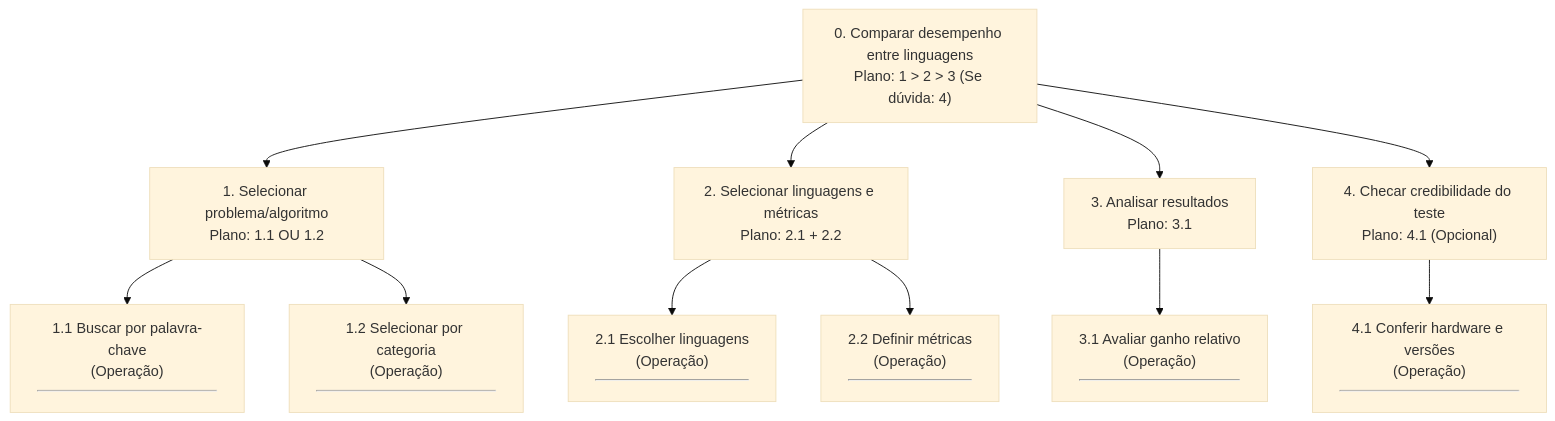
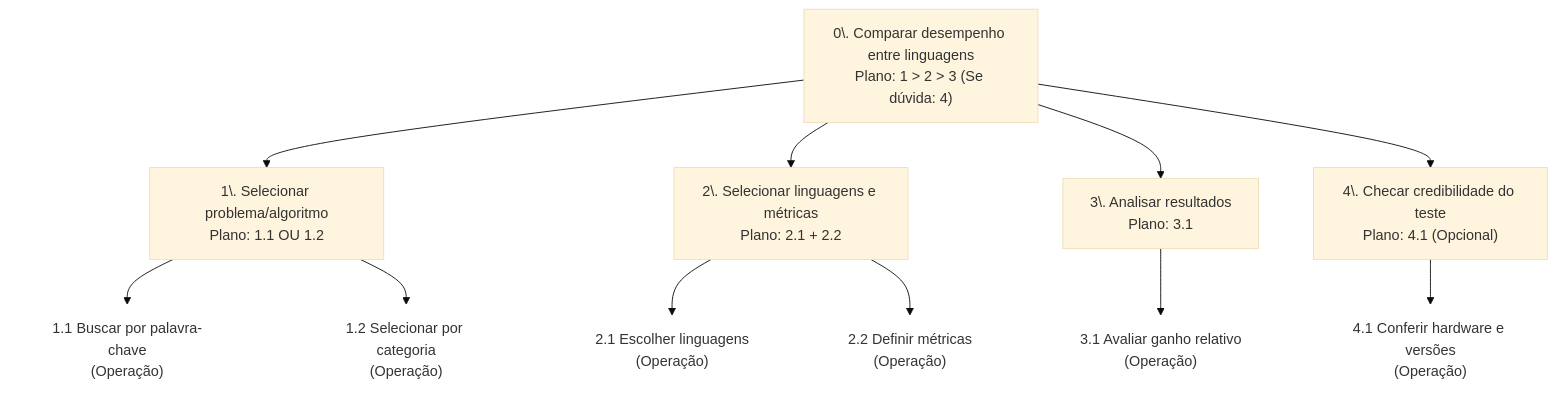
The diagram in docs/05_analise_tarefas.md (augustotx/ihc2026), drawn with Mermaid (base theme) before and after one commit.

````diff
--- a/docs/05_analise_tarefas.md
+++ b/docs/05_analise_tarefas.md
@@ -52,29 +52,34 @@
 ```mermaid
 graph TD
-    N0["0. Comparar desempenho entre linguagens<br>Plano: 1 > 2 > 3 (Se dúvida: 4)"]
+    N0["0\. Comparar desempenho entre linguagens<br />Plano: 1 &gt; 2 &gt; 3 (Se dúvida: 4)"]
+    N1["1\. Selecionar problema/algoritmo<br />Plano: 1.1 OU 1.2"]
+    N2["2\. Selecionar linguagens e métricas<br />Plano: 2.1 + 2.2"]
+    N3["3\. Analisar resultados<br />Plano: 3.1"]
+    N4["4\. Checar credibilidade do teste<br />Plano: 4.1 (Opcional)"]
 
-    N1["1. Selecionar problema/algoritmo<br>Plano: 1.1 OU 1.2"]
-    N2["2. Selecionar linguagens e métricas<br>Plano: 2.1 + 2.2"]
-    N3["3. Analisar resultados<br>Plano: 3.1"]
-    N4["4. Checar credibilidade do teste<br>Plano: 4.1 (Opcional)"]
-
-    N1_1["1.1 Buscar por palavra-chave<br>(Operação)<hr>"]
-    N1_2["1.2 Selecionar por categoria<br>(Operação)<hr>"]
-    N2_1["2.1 Escolher linguagens<br>(Operação)<hr>"]
-    N2_2["2.2 Definir métricas<br>(Operação)<hr>"]
-    N3_1["3.1 Avaliar ganho relativo<br>(Operação)<hr>"]
-    N4_1["4.1 Conferir hardware e versões<br>(Operação)<hr>"]
+    N1_1["<div>1.1 Buscar por palavra-chave<br />(Operação)</div>"]
+    N1_2["<div>1.2 Selecionar por categoria<br />(Operação)</div>"]
+    N2_1["<div>2.1 Escolher linguagens<br />(Operação)</div>"]
+    N2_2["<div>2.2 Definir métricas<br />(Operação)</div>"]
+    N3_1["<div>3.1 Avaliar ganho relativo<br />(Operação)</div>"]
+    N4_1["<div>4.1 Conferir hardware e versões<br />(Operação)</div>"]
 
     N0 --> N1
     N0 --> N2
     N0 --> N3
     N0 --> N4
 
     N1 --> N1_1
     N1 --> N1_2
     N2 --> N2_1
     N2 --> N2_2
     N3 --> N3_1
     N4 --> N4_1
 
+    style N1_1 fill:none,stroke:none
+    style N1_2 fill:none,stroke:none
+    style N2_1 fill:none,stroke:none
+    style N2_2 fill:none,stroke:none
+    style N3_1 fill:none,stroke:none
+    style N4_1 fill:none,stroke:none
 ```
````
